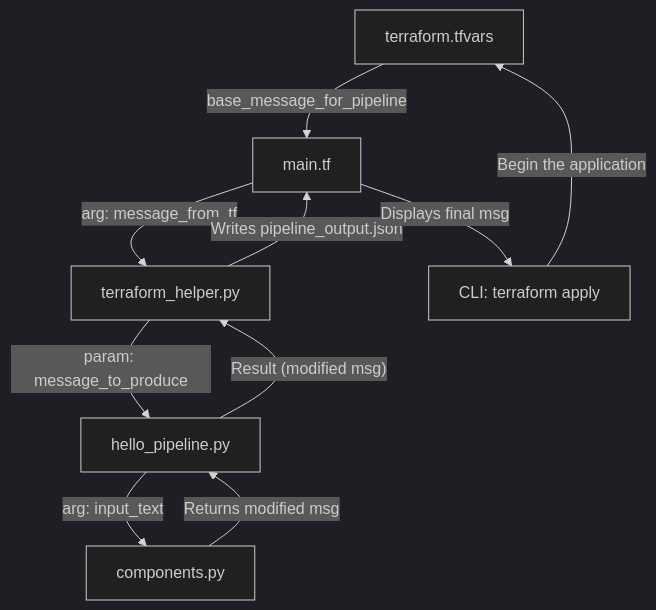
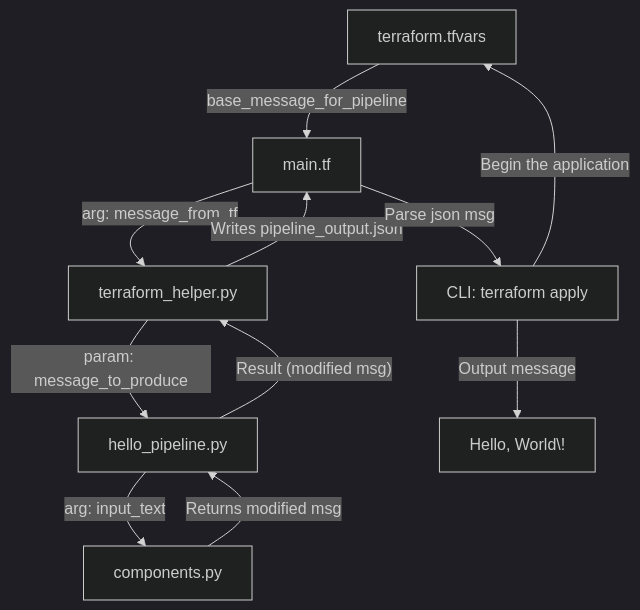
One commit to iampatgrady/terraform-vertexai-helloworld changed the diagram in README.md. Above: the diagram before and after it, drawn with Mermaid (dark theme).

Commit message:
mermaid improvement

````diff
--- a/README.md
+++ b/README.md
@@ -30,12 +30,13 @@
 ```mermaid
 flowchart
     A["terraform.tfvars"] -- "base_message_for_pipeline" --> B["main.tf"]
     B -- arg: message_from_tf --> C["terraform_helper.py"]
     C -- param: message_to_produce --> D["hello_pipeline.py"]
     D -- arg: input_text --> E["components.py"]
     E -- Returns modified msg --> D
     D -- Result (modified msg) --> C
     C -- "Writes pipeline_output.json" --> B
-    B -- Displays final msg --> F["CLI: terraform apply"]
+    B -- Parse json msg --> F["CLI: terraform apply"]
     F -- Begin the application --> A
+    F -- Output message --> G["Hello, World\!"]
 ```
````
